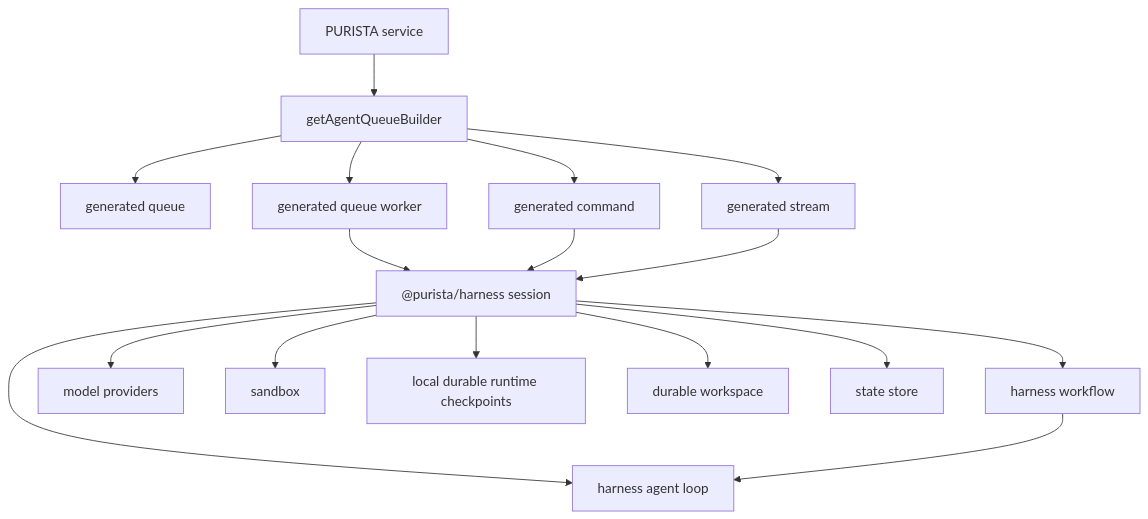
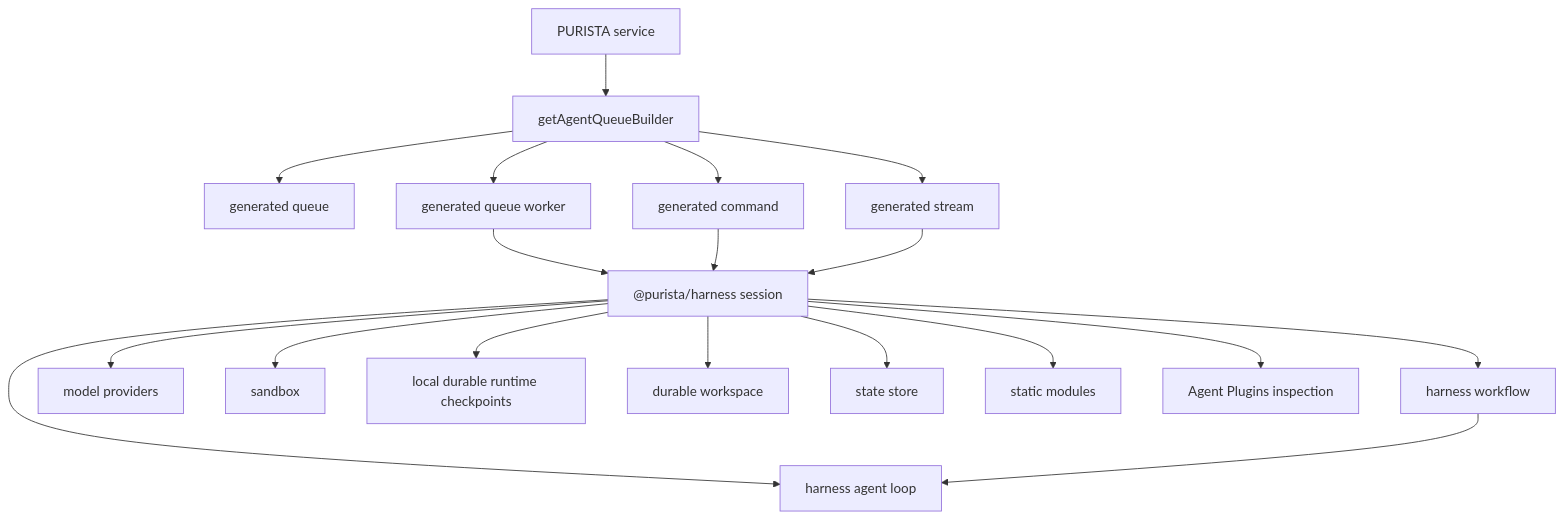
The diagram in web/src/content/handbook/2_building_business-logic/ai/index.md (puristajs/purista), drawn with Mermaid before and after one commit. The commit also changed other lines of this file and 6 other files, not shown here.

Commit message:
docs: document harness v2 agent plugins

````diff
--- a/web/src/content/handbook/2_building_business-logic/ai/index.md
+++ b/web/src/content/handbook/2_building_business-logic/ai/index.md
@@ -48,19 +48,21 @@
 ```mermaid
 flowchart TD
   Service["PURISTA service"] --> AgentBuilder["getAgentQueueBuilder"]
   AgentBuilder --> Queue["generated queue"]
   AgentBuilder --> Worker["generated queue worker"]
   AgentBuilder --> Command["generated command"]
   AgentBuilder --> Stream["generated stream"]
   Worker --> Harness["@purista/harness session"]
   Command --> Harness
   Stream --> Harness
   Harness --> InnerAgent["harness agent loop"]
   Harness --> InnerWorkflow["harness workflow"]
   InnerWorkflow --> InnerAgent
   Harness --> Models["model providers"]
   Harness --> Sandbox["sandbox"]
   Harness --> Runtime["local durable runtime checkpoints"]
   Harness --> Workspace["durable workspace"]
   Harness --> State["state store"]
+  Harness --> Modules["static modules"]
+  Harness --> Plugins["Agent Plugins inspection"]
 ```
````
